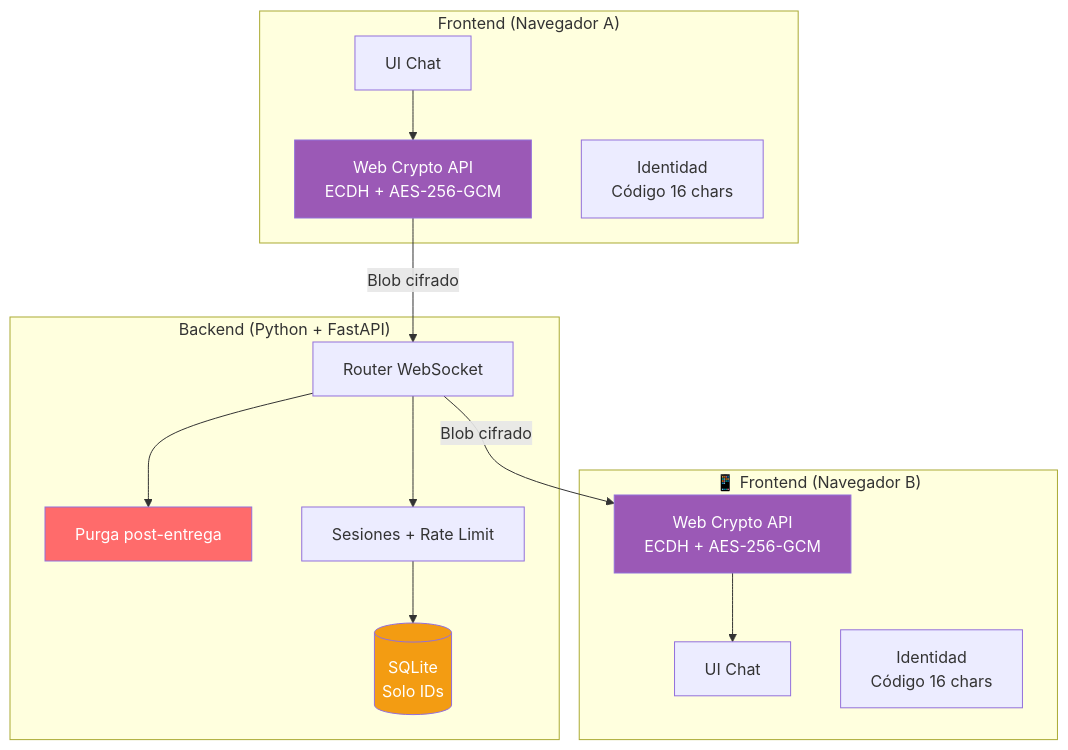
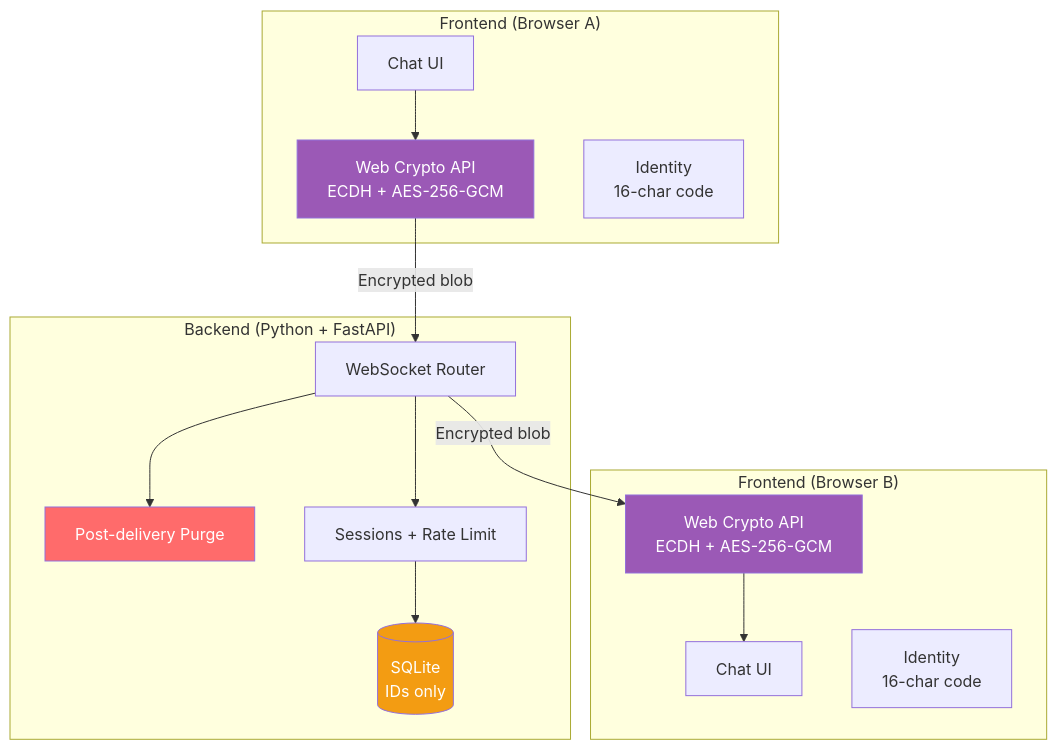
The first of 4 diagrams in README.md (Martin08ABM/ghostchat-messenger), drawn with Mermaid before and after one commit. The commit also changed other lines of this file and 6 other files, not shown here.

First line of the commit message:
Phase 1 Finished - Add user creation timestamp, implement rate limiting, and enhance frontend UI

````diff
--- a/README.md
+++ b/README.md
@@ -25,34 +25,34 @@
 ```mermaid
 graph TB
-    subgraph Frontend A ["Frontend (Navegador A)"]
-        UI_A[UI Chat]
+    subgraph Frontend A ["Frontend (Browser A)"]
+        UI_A[Chat UI]
         CRYPTO_A[Web Crypto API<br/>ECDH + AES-256-GCM]
-        ID_A[Identidad<br/>Código 16 chars]
+        ID_A[Identity<br/>16-char code]
     end
 
     subgraph Backend ["Backend (Python + FastAPI)"]
-        ROUTER[Router WebSocket]
-        PURGE[Purga post-entrega]
-        SESSIONS[Sesiones + Rate Limit]
-        DB[(SQLite<br/>Solo IDs)]
+        ROUTER[WebSocket Router]
+        PURGE[Post-delivery Purge]
+        SESSIONS[Sessions + Rate Limit]
+        DB[(SQLite<br/>IDs only)]
     end
 
-    subgraph Frontend B ["📱 Frontend (Navegador B)"]
-        UI_B[UI Chat]
+    subgraph Frontend B ["Frontend (Browser B)"]
+        UI_B[Chat UI]
         CRYPTO_B[Web Crypto API<br/>ECDH + AES-256-GCM]
-        ID_B[Identidad<br/>Código 16 chars]
+        ID_B[Identity<br/>16-char code]
     end
 
     UI_A --> CRYPTO_A
-    CRYPTO_A -->|"Blob cifrado"| ROUTER
+    CRYPTO_A -->|"Encrypted blob"| ROUTER
     ROUTER --> SESSIONS
     ROUTER --> PURGE
     SESSIONS --> DB
-    ROUTER -->|"Blob cifrado"| CRYPTO_B
+    ROUTER -->|"Encrypted blob"| CRYPTO_B
     CRYPTO_B --> UI_B
 
     style PURGE fill:#ff6b6b,color:#fff
     style CRYPTO_A fill:#9b59b6,color:#fff
     style CRYPTO_B fill:#9b59b6,color:#fff
     style DB fill:#f39c12,color:#fff
 ```
````
